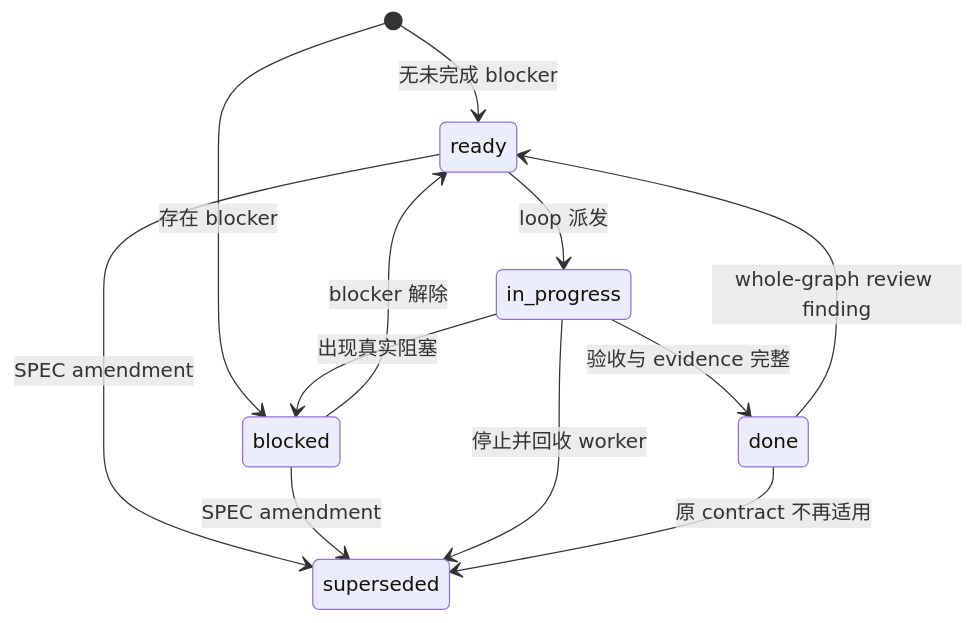
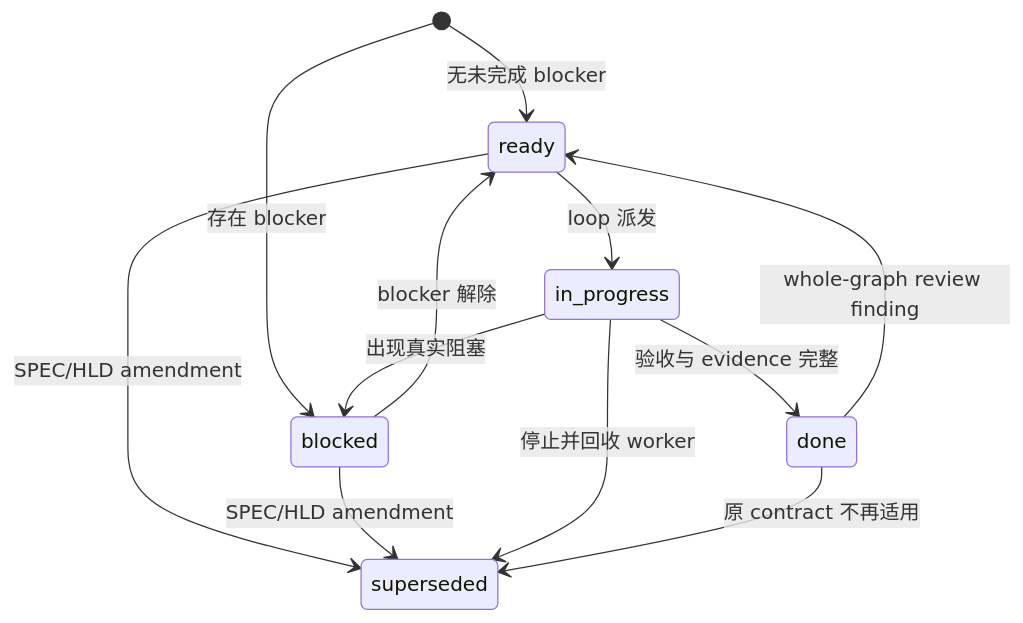
Before and after one commit to calvingit/skills: the second of 2 diagrams in README.md, drawn with Mermaid. The commit also changed other lines of this file and 25 other files, not shown here.

````diff
--- a/README.md
+++ b/README.md
@@ -186,14 +194,14 @@
 ```mermaid
 stateDiagram-v2
     [*] --> ready: 无未完成 blocker
     [*] --> blocked: 存在 blocker
     blocked --> ready: blocker 解除
     ready --> in_progress: loop 派发
     in_progress --> done: 验收与 evidence 完整
     in_progress --> blocked: 出现真实阻塞
     done --> ready: whole-graph review finding
-    ready --> superseded: SPEC amendment
-    blocked --> superseded: SPEC amendment
+    ready --> superseded: SPEC/HLD amendment
+    blocked --> superseded: SPEC/HLD amendment
     in_progress --> superseded: 停止并回收 worker
     done --> superseded: 原 contract 不再适用
 ```
````
